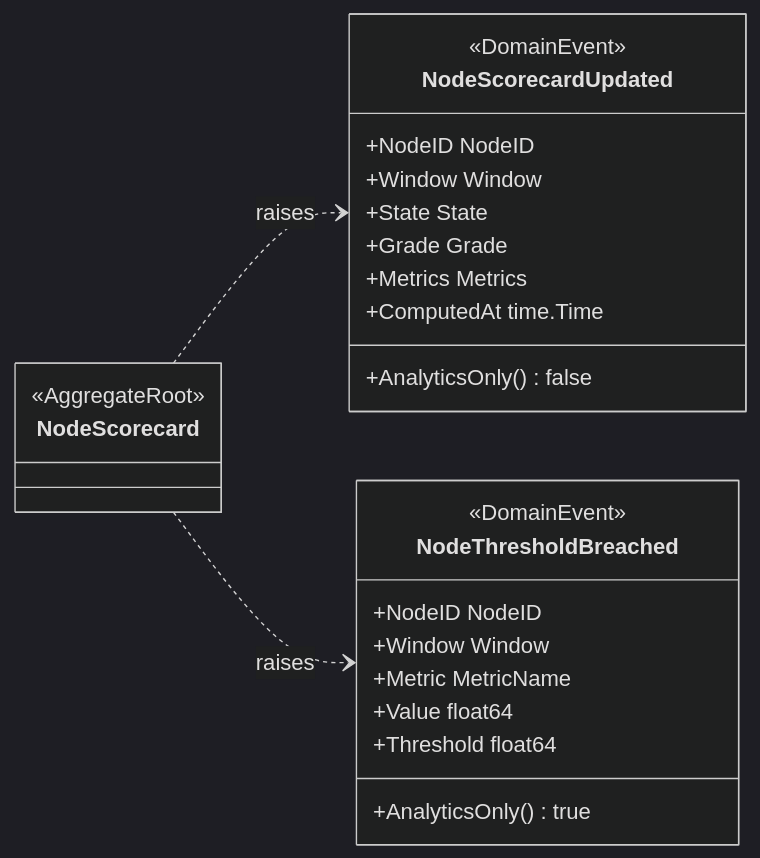
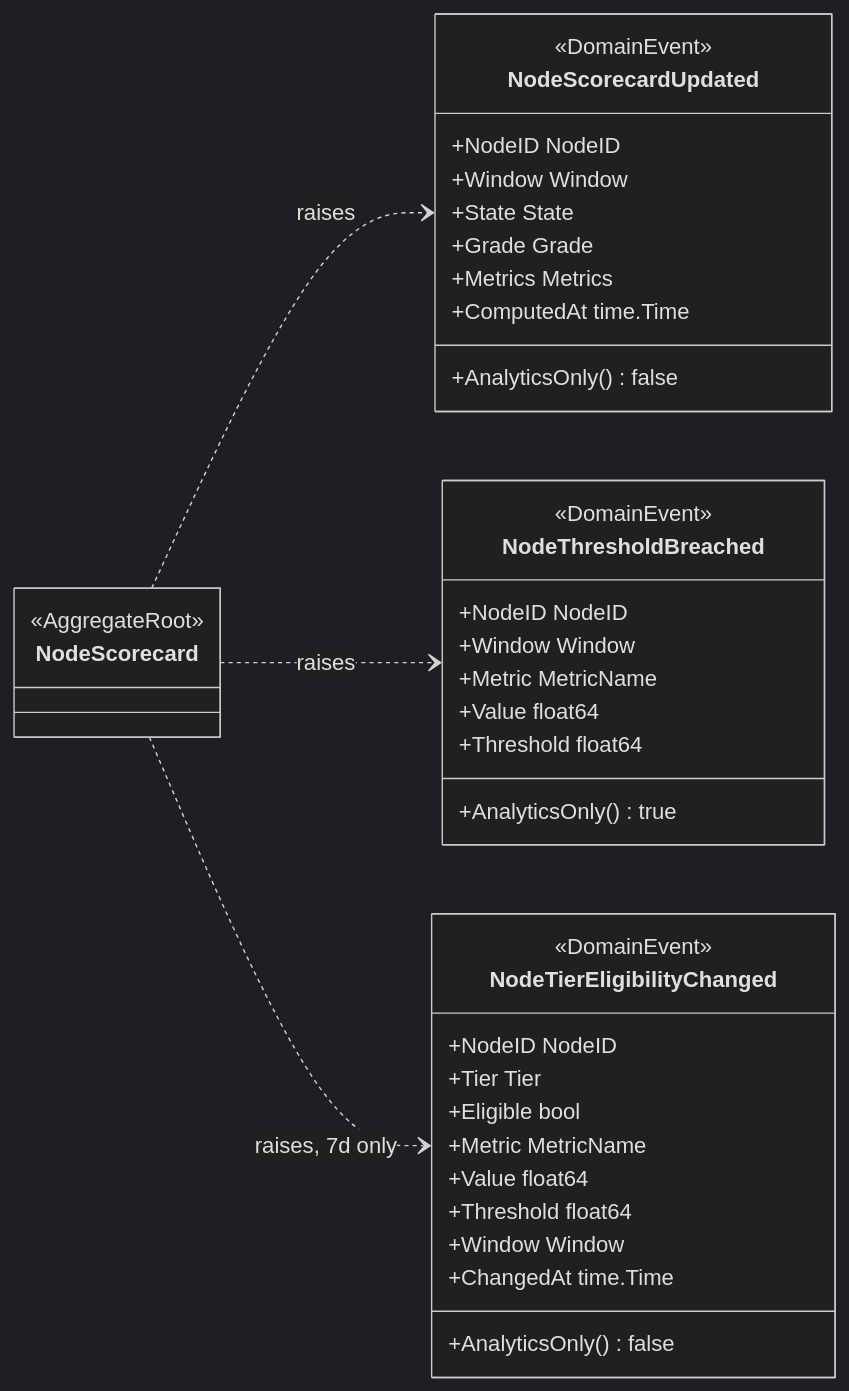
The third of 5 diagrams in docs/docs/ddd/class-diagram.md (IQVO/node-performance), drawn with Mermaid (dark theme) before and after one commit. The commit also changed 12 other files, not shown here.

First line of the commit message:
docs(node-performance): reconcile docs with the code (EventStorming drift audit)

````diff
--- a/docs/docs/ddd/class-diagram.md
+++ b/docs/docs/ddd/class-diagram.md
@@ -142,28 +142,41 @@
 ```mermaid
 classDiagram
     direction LR
     class NodeScorecard {
         <<AggregateRoot>>
     }
     class NodeScorecardUpdated {
         <<DomainEvent>>
         +NodeID NodeID
         +Window Window
         +State State
         +Grade Grade
         +Metrics Metrics
         +ComputedAt time.Time
         +AnalyticsOnly() false
     }
     class NodeThresholdBreached {
         <<DomainEvent>>
         +NodeID NodeID
         +Window Window
         +Metric MetricName
         +Value float64
         +Threshold float64
         +AnalyticsOnly() true
     }
+    class NodeTierEligibilityChanged {
+        <<DomainEvent>>
+        +NodeID NodeID
+        +Tier Tier
+        +Eligible bool
+        +Metric MetricName
+        +Value float64
+        +Threshold float64
+        +Window Window
+        +ChangedAt time.Time
+        +AnalyticsOnly() false
+    }
     NodeScorecard ..> NodeScorecardUpdated : raises
     NodeScorecard ..> NodeThresholdBreached : raises
+    NodeScorecard ..> NodeTierEligibilityChanged : raises, 7d only
 ```
````
